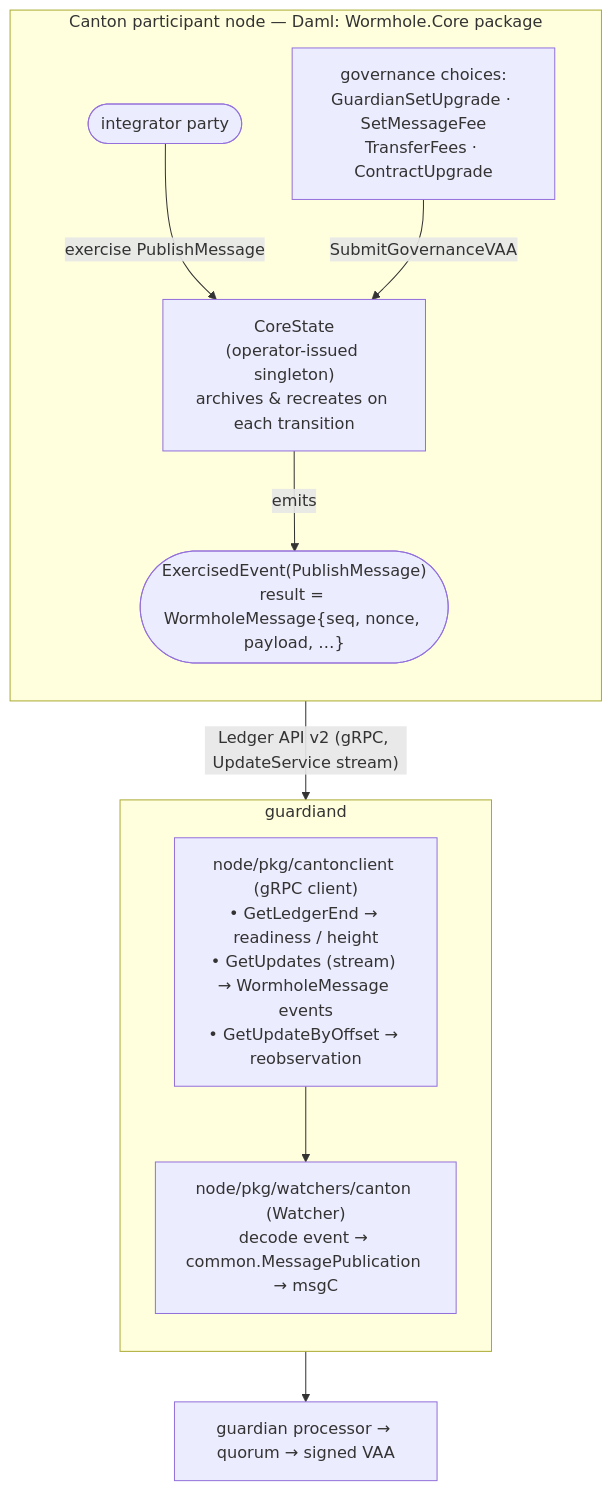
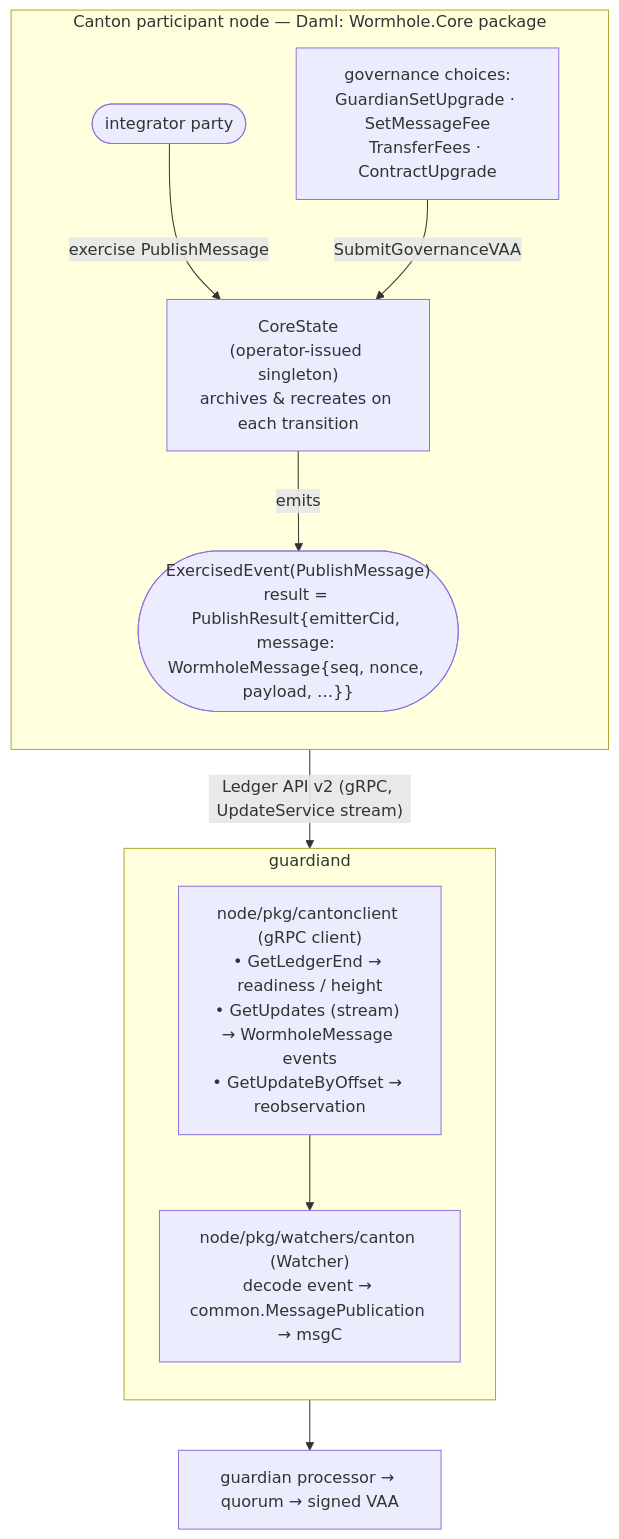
Before and after one commit to wormholelabs-xyz/wormhole: the first of 2 diagrams in canton/README.md, drawn with Mermaid. The commit also changed other lines of this file and 9 other files, not shown here.

Commit message:
canton: PublishMessage returns the successor Emitter cid

````diff
--- a/canton/README.md
+++ b/canton/README.md
@@ -95,23 +95,23 @@
 ```mermaid
 flowchart TD
     subgraph canton["Canton participant node — Daml: Wormhole.Core package"]
         direction TB
         integrator(["integrator party"])
         core["CoreState<br/>(operator-issued singleton)<br/>archives &amp; recreates on each transition"]
         gov["governance choices:<br/>GuardianSetUpgrade · SetMessageFee<br/>TransferFees · ContractUpgrade"]
-        evt(["ExercisedEvent(PublishMessage)<br/>result = WormholeMessage{seq, nonce, payload, …}"])
+        evt(["ExercisedEvent(PublishMessage)<br/>result = PublishResult{emitterCid, message: WormholeMessage{seq, nonce, payload, …}}"])
         integrator -- "exercise PublishMessage" --> core
         gov -- "SubmitGovernanceVAA" --> core
         core -- emits --> evt
     end
 
     subgraph gd["guardiand"]
         direction TB
         client["node/pkg/cantonclient (gRPC client)<br/>• GetLedgerEnd → readiness / height<br/>• GetUpdates (stream) → WormholeMessage events<br/>• GetUpdateByOffset → reobservation"]
         watcher["node/pkg/watchers/canton (Watcher)<br/>decode event → common.MessagePublication → msgC"]
         client --> watcher
     end
 
     evt -- "Ledger API v2 (gRPC, UpdateService stream)" --> client
     watcher --> proc["guardian processor → quorum → signed VAA"]
 ```
````
